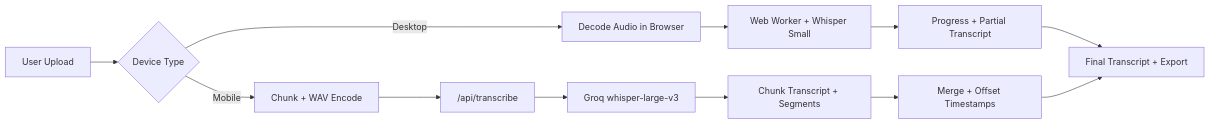
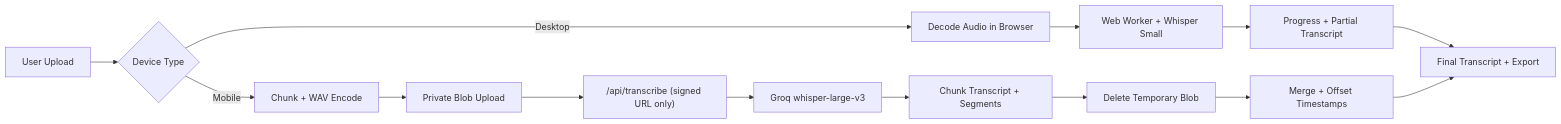
Before and after one commit to onatozmenn/audio-transcription-tool: the diagram in README.md, drawn with Mermaid. The commit also changed other lines of this file and 15 other files, not shown here.

````diff
--- a/README.md
+++ b/README.md
@@ -75,15 +78,17 @@
 ```mermaid
 flowchart LR
     A[User Upload] --> B{Device Type}
     B -->|Desktop| C[Decode Audio in Browser]
     C --> D[Web Worker + Whisper Small]
     D --> E[Progress + Partial Transcript]
     E --> F[Final Transcript + Export]
 
     B -->|Mobile| G[Chunk + WAV Encode]
-    G --> H["/api/transcribe"]
-    H --> I[Groq whisper-large-v3]
-    I --> J[Chunk Transcript + Segments]
-    J --> K[Merge + Offset Timestamps]
-    K --> F
+    G --> H[Private Blob Upload]
+    H --> I["/api/transcribe (signed URL only)"]
+    I --> J[Groq whisper-large-v3]
+    J --> K[Chunk Transcript + Segments]
+    K --> L[Delete Temporary Blob]
+    L --> M[Merge + Offset Timestamps]
+    M --> F
 ```
````
